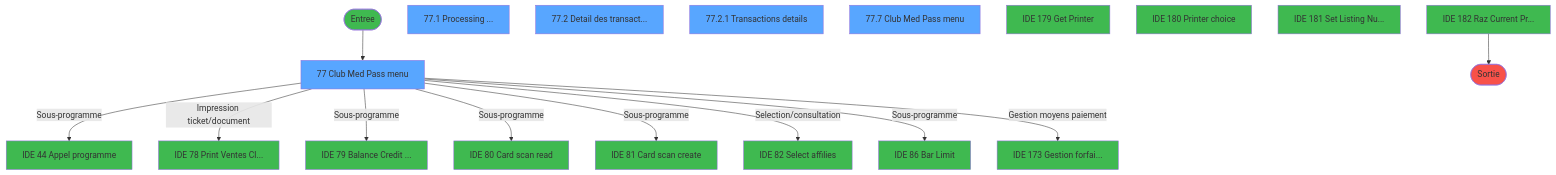
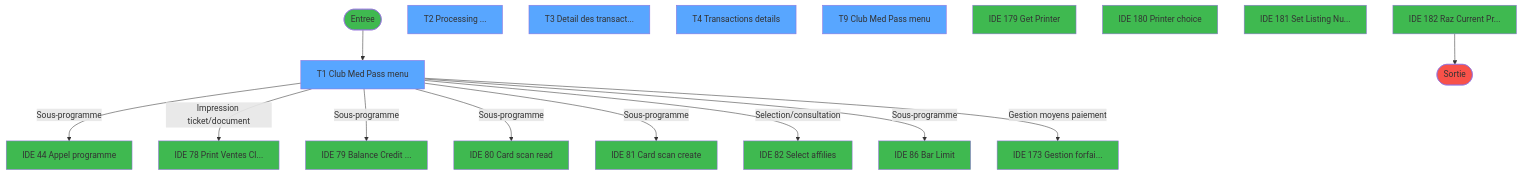
Before and after one commit to thonyAGP/lecteur-magic: the first of 4 diagrams in .openspec/specs/ADH-IDE-77.md, drawn with Mermaid. The commit also changed other lines of this file and 18 other files, not shown here.

````diff
--- a/.openspec/specs/ADH-IDE-77.md
+++ b/.openspec/specs/ADH-IDE-77.md
@@ -1669,51 +1681,51 @@
 ```mermaid
 flowchart TD
     START([Entree])
     style START fill:#3fb950
-    VF1[77 Club Med Pass menu]
+    VF1[T1 Club Med Pass menu]
     style VF1 fill:#58a6ff
-    VF2[77.1 Processing ...]
+    VF2[T2 Processing ...]
     style VF2 fill:#58a6ff
-    VF3[77.2 Detail des transact...]
+    VF3[T3 Detail des transact...]
     style VF3 fill:#58a6ff
-    VF4[77.2.1 Transactions details]
+    VF4[T4 Transactions details]
     style VF4 fill:#58a6ff
-    VF9[77.7 Club Med Pass menu]
+    VF9[T9 Club Med Pass menu]
     style VF9 fill:#58a6ff
     EXT44[IDE 44 Appel programme]
     style EXT44 fill:#3fb950
     EXT78[IDE 78 Print Ventes Cl...]
     style EXT78 fill:#3fb950
     EXT79[IDE 79 Balance Credit ...]
     style EXT79 fill:#3fb950
     EXT80[IDE 80 Card scan read]
     style EXT80 fill:#3fb950
     EXT81[IDE 81 Card scan create]
     style EXT81 fill:#3fb950
     EXT82[IDE 82 Select affilies]
     style EXT82 fill:#3fb950
     EXT86[IDE 86 Bar Limit]
     style EXT86 fill:#3fb950
     EXT173[IDE 173 Gestion forfai...]
     style EXT173 fill:#3fb950
     EXT179[IDE 179 Get Printer]
     style EXT179 fill:#3fb950
     EXT180[IDE 180 Printer choice]
     style EXT180 fill:#3fb950
     EXT181[IDE 181 Set Listing Nu...]
     style EXT181 fill:#3fb950
     EXT182[IDE 182 Raz Current Pr...]
     style EXT182 fill:#3fb950
     FIN([Sortie])
     style FIN fill:#f85149
     START --> VF1
     VF1 -->|Sous-programme| EXT44
     VF1 -->|Impression ticket/document| EXT78
     VF1 -->|Sous-programme| EXT79
     VF1 -->|Sous-programme| EXT80
     VF1 -->|Sous-programme| EXT81
     VF1 -->|Selection/consultation| EXT82
     VF1 -->|Sous-programme| EXT86
     VF1 -->|Gestion moyens paiement| EXT173
     EXT182 --> FIN
 ```
````
